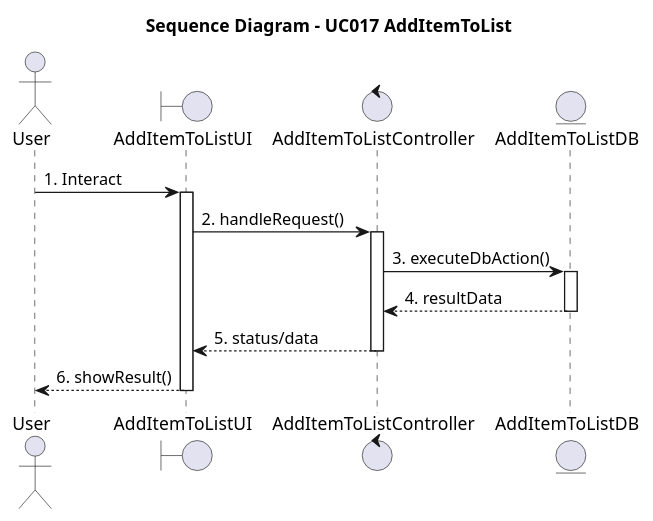
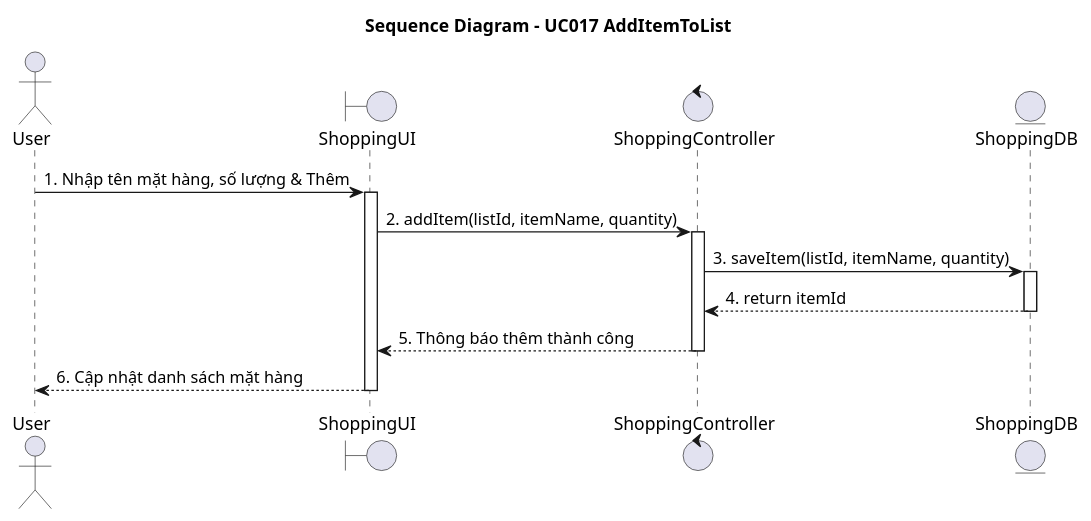
One commit to Alt2210/NaviMart changed the diagram in diagrams/Module_3_ShoppingList/UC017_Thêm_mặt_hàng_vào_danh_sách_Sequence.puml. Above: the diagram before and after it, drawn with PlantUML. The commit also changed 31 other files, not shown here.

```diff
--- a/diagrams/Module_3_ShoppingList/UC017_Thêm_mặt_hàng_vào_danh_sách_Sequence.puml
+++ b/diagrams/Module_3_ShoppingList/UC017_Thêm_mặt_hàng_vào_danh_sách_Sequence.puml
@@ -1,21 +1,21 @@
 @startuml
 title Sequence Diagram - UC017 AddItemToList
 
 actor "User" as Actor
-boundary "AddItemToListUI" as UI
-control "AddItemToListController" as Controller
-entity "AddItemToListDB" as Entity
+boundary "ShoppingUI" as UI
+control "ShoppingController" as Controller
+entity "ShoppingDB" as Entity
 
-Actor -> UI : 1. Interact
+Actor -> UI : 1. Nhập tên mặt hàng, số lượng & Thêm
 activate UI
-UI -> Controller : 2. handleRequest()
+UI -> Controller : 2. addItem(listId, itemName, quantity)
 activate Controller
-Controller -> Entity : 3. executeDbAction()
+Controller -> Entity : 3. saveItem(listId, itemName, quantity)
 activate Entity
-Entity --> Controller : 4. resultData
+Entity --> Controller : 4. return itemId
 deactivate Entity
-Controller --> UI : 5. status/data
+Controller --> UI : 5. Thông báo thêm thành công
 deactivate Controller
-UI --> Actor : 6. showResult()
+UI --> Actor : 6. Cập nhật danh sách mặt hàng
 deactivate UI
 @enduml
```
